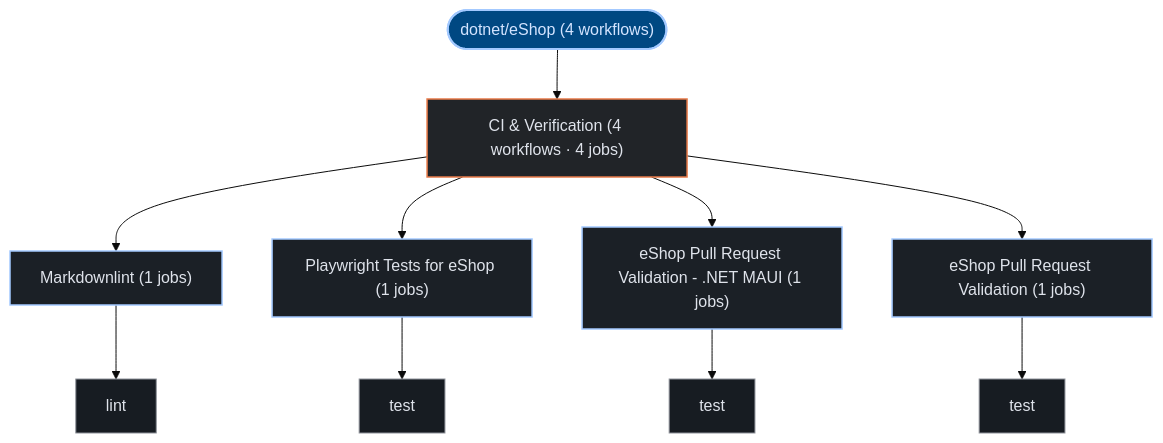
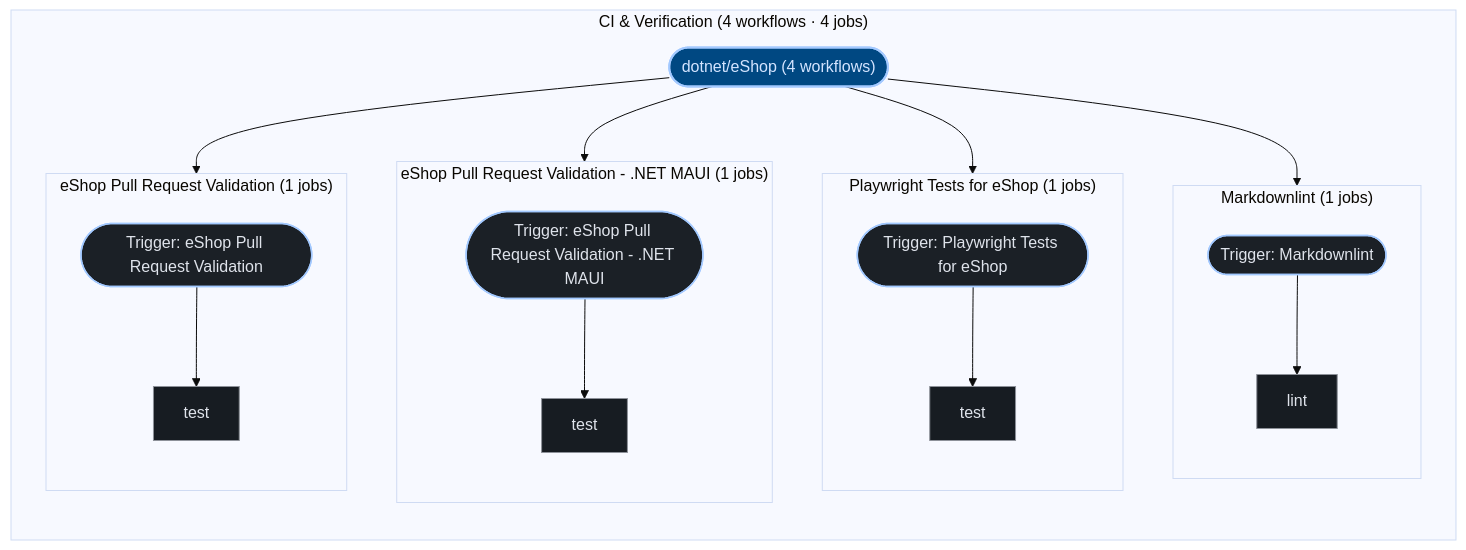
One commit to kumarshaz/atruss-code-atlas changed the third of 3 diagrams in exports/latest/reports/dotnet-eShop-report.md. Above: the diagram before and after it, drawn with Mermaid (base theme). The commit also changed 181 other files, not shown here.

````diff
--- a/exports/latest/reports/dotnet-eShop-report.md
+++ b/exports/latest/reports/dotnet-eShop-report.md
@@ -244,29 +244,42 @@
 ```mermaid
 graph TD;
   classDef atlasRoot fill:#004882,stroke:#a3c9ff,stroke-width:2px,color:#d3e4ff
   classDef atlasCategory fill:#212428,stroke:#E87A48,stroke-width:1.5px,color:#dfe3eb
   classDef atlasWorkflow fill:#1b2026,stroke:#a3c9ff,stroke-width:1.5px,color:#dfe3eb
   classDef atlasJob fill:#171c22,stroke:#8d9199,stroke-width:1px,color:#dfe3eb
   classDef atlasTarget fill:#005227,stroke:#8bd99b,stroke-width:1.5px,color:#a7f6b6
   classDef atlasAlert fill:#93000a,stroke:#ffb4ab,stroke-width:1.5px,color:#ffdad6
   classDef atlasMore fill:#252a31,stroke:#8d9199,stroke-dasharray:4 4,color:#c3c6cf
   pipeline_root(["dotnet/eShop (4 workflows)"]):::atlasRoot
-  grp_0_CI___Verification["CI & Verification (4 workflows · 4 jobs)"]:::atlasCategory
-  pipeline_root --> grp_0_CI___Verification
-  wf_0_Markdownlint["Markdownlint (1 jobs)"]:::atlasWorkflow
-  grp_0_CI___Verification --> wf_0_Markdownlint
-  job_0_lint["lint"]:::atlasJob
-  wf_0_Markdownlint --> job_0_lint
-  wf_1_Playwright_Tests_for_eShop["Playwright Tests for eShop (1 jobs)"]:::atlasWorkflow
-  grp_0_CI___Verification --> wf_1_Playwright_Tests_for_eShop
-  job_1_test["test"]:::atlasJob
-  wf_1_Playwright_Tests_for_eShop --> job_1_test
-  wf_2_eShop_Pull_Request_Validation____NET_MAUI["eShop Pull Request Validation - .NET MAUI (1 jobs)"]:::atlasWorkflow
-  grp_0_CI___Verification --> wf_2_eShop_Pull_Request_Validation____NET_MAUI
-  job_2_test["test"]:::atlasJob
-  wf_2_eShop_Pull_Request_Validation____NET_MAUI --> job_2_test
-  wf_3_eShop_Pull_Request_Validation["eShop Pull Request Validation (1 jobs)"]:::atlasWorkflow
-  grp_0_CI___Verification --> wf_3_eShop_Pull_Request_Validation
-  job_3_test["test"]:::atlasJob
-  wf_3_eShop_Pull_Request_Validation --> job_3_test
+  subgraph sg_grp_0_CI___Verification["CI & Verification (4 workflows · 4 jobs)"]
+    direction TB
+    subgraph sg_wf_0_Markdownlint["Markdownlint (1 jobs)"]
+      direction TB
+      wf_0_Markdownlint(["Trigger: Markdownlint"]):::atlasWorkflow
+      job_0_lint["lint"]:::atlasJob
+      wf_0_Markdownlint --> job_0_lint
+    end
+    pipeline_root --> wf_0_Markdownlint
+    subgraph sg_wf_1_Playwright_Tests_for_eShop["Playwright Tests for eShop (1 jobs)"]
+      direction TB
+      wf_1_Playwright_Tests_for_eShop(["Trigger: Playwright Tests for eShop"]):::atlasWorkflow
+      job_1_test["test"]:::atlasJob
+      wf_1_Playwright_Tests_for_eShop --> job_1_test
+    end
+    pipeline_root --> wf_1_Playwright_Tests_for_eShop
+    subgraph sg_wf_2_eShop_Pull_Request_Validation____NET_MAUI["eShop Pull Request Validation - .NET MAUI (1 jobs)"]
+      direction TB
+      wf_2_eShop_Pull_Request_Validation____NET_MAUI(["Trigger: eShop Pull Request Validation - .NET MAUI"]):::atlasWorkflow
+      job_2_test["test"]:::atlasJob
+      wf_2_eShop_Pull_Request_Validation____NET_MAUI --> job_2_test
+    end
+    pipeline_root --> wf_2_eShop_Pull_Request_Validation____NET_MAUI
+    subgraph sg_wf_3_eShop_Pull_Request_Validation["eShop Pull Request Validation (1 jobs)"]
+      direction TB
+      wf_3_eShop_Pull_Request_Validation(["Trigger: eShop Pull Request Validation"]):::atlasWorkflow
+      job_3_test["test"]:::atlasJob
+      wf_3_eShop_Pull_Request_Validation --> job_3_test
+    end
+    pipeline_root --> wf_3_eShop_Pull_Request_Validation
+  end
 ```
````
